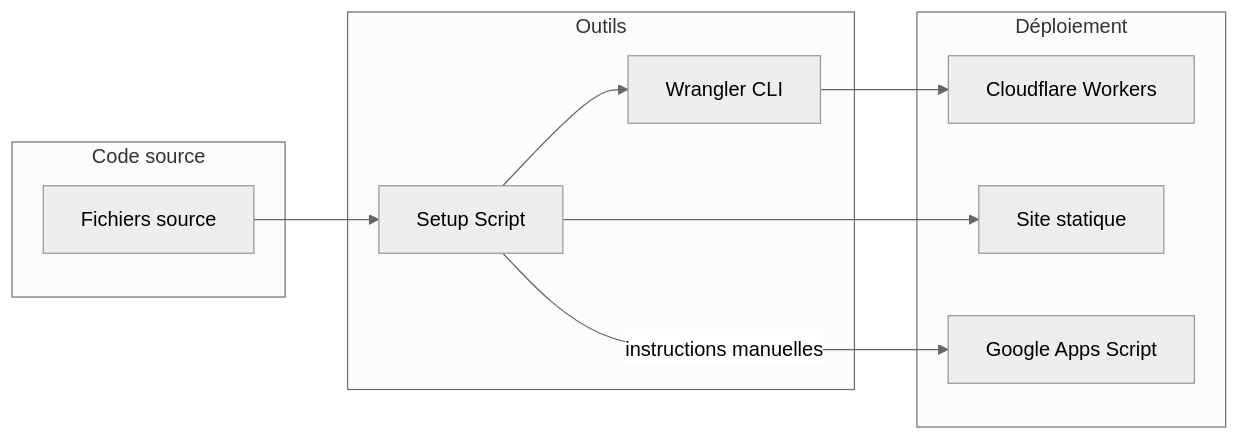
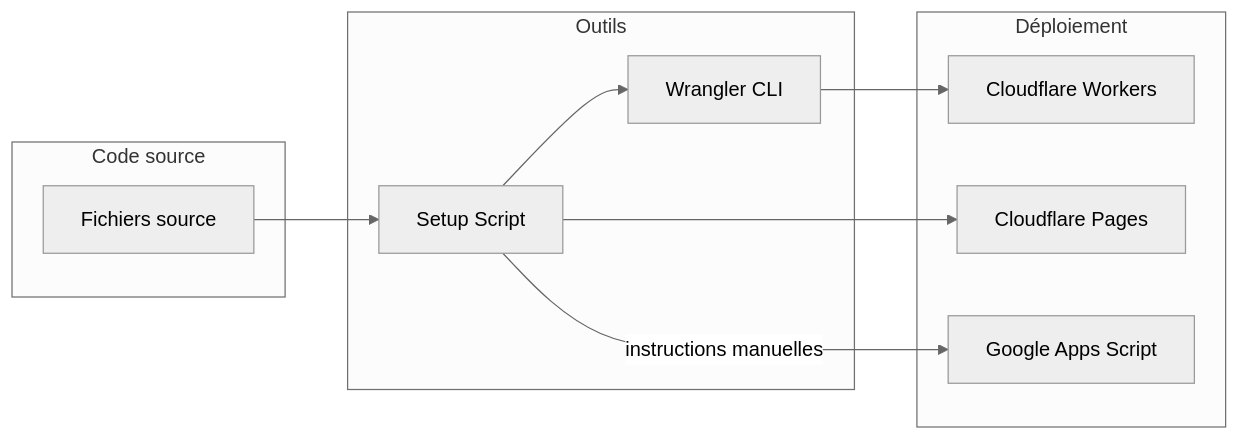
Before and after one commit to DualsFWShield/The-perfect-assistant: the eighth of 8 diagrams in ARCHITECTURE.md, drawn with Mermaid (neutral theme). The commit also changed other lines of this file and 1 other file, not shown here.

````diff
--- a/ARCHITECTURE.md
+++ b/ARCHITECTURE.md
@@ -188,23 +310,23 @@
 ```mermaid
 graph LR
     subgraph "Code source"
         src[Fichiers source]
     end
     
     subgraph "Outils"
         wrangler[Wrangler CLI]
         script[Setup Script]
     end
     
     subgraph "Déploiement"
         CW[Cloudflare Workers]
-        PWA[Site statique]
+        CP[Cloudflare Pages]
         GAS[Google Apps Script]
     end
     
     src --> script
     script --> wrangler
     wrangler --> CW
-    script --> PWA
+    script --> CP
     script -- instructions manuelles --> GAS
 ```
````
